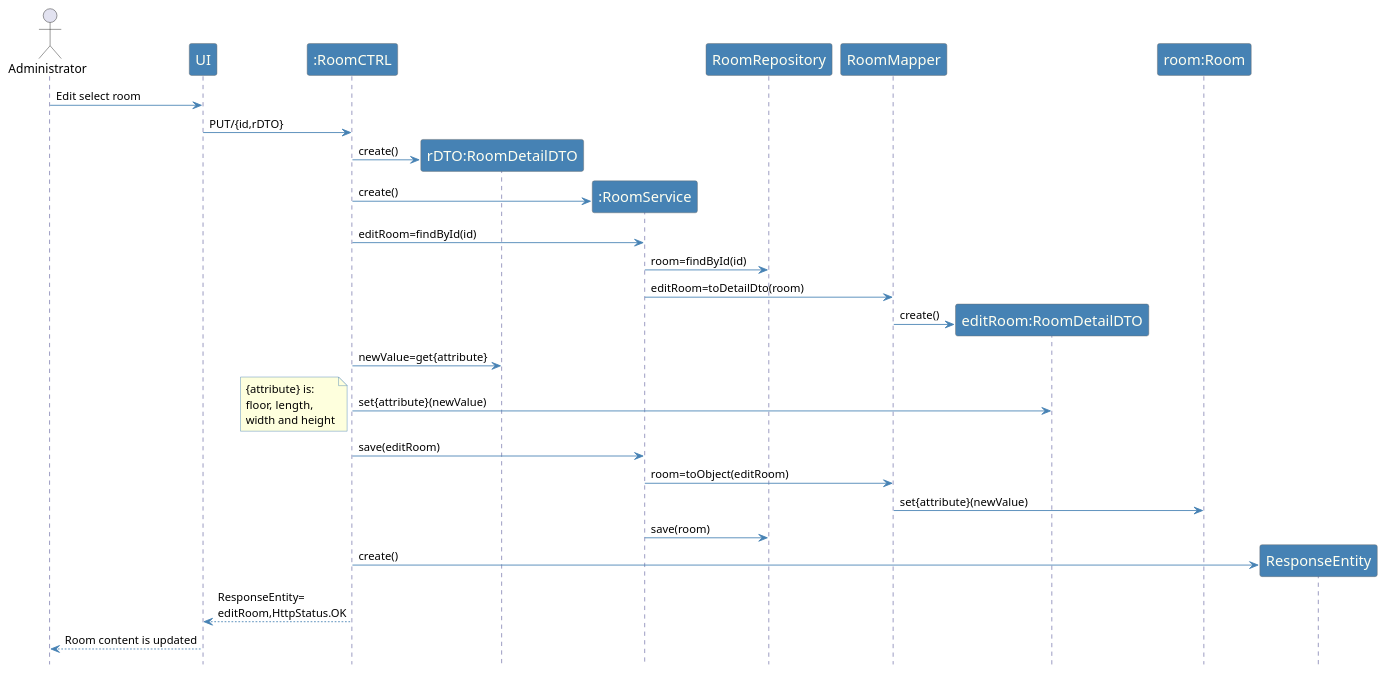
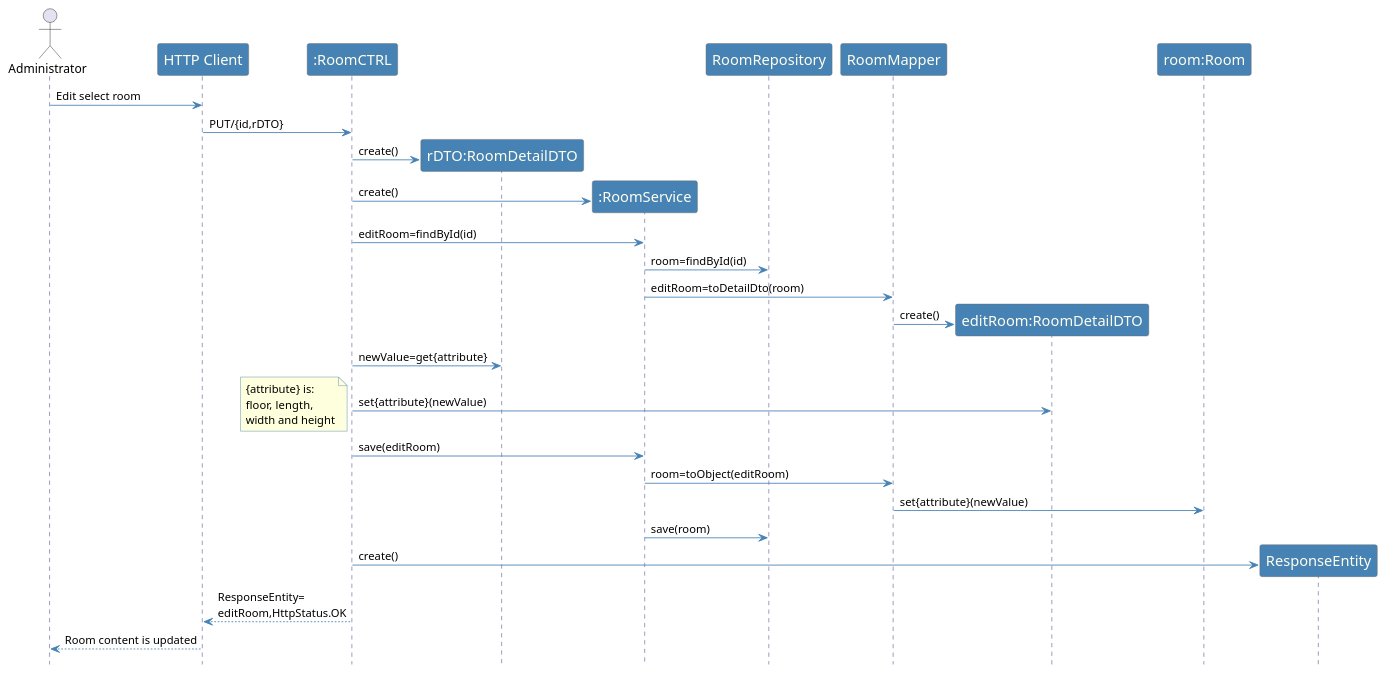
One commit to emanuel-pereira/hou changed the diagram in src/main/java/smarthome/controller/rest/sequenceDiagrams/sd_EditRoomWithUi.puml. Above: the diagram before and after it, drawn with PlantUML.

Commit message:
Fix #252 : Corrected sequence diagram for US109

```diff
--- a/src/main/java/smarthome/controller/rest/sequenceDiagrams/sd_EditRoomWithUi.puml
+++ b/src/main/java/smarthome/controller/rest/sequenceDiagrams/sd_EditRoomWithUi.puml
@@ -1,58 +1,58 @@
 @startuml
 hidefootbox
 
 actor Administrator
 
 skinparam sequence {
 	ArrowColor SteelBlue
 	ActorBorderColor Dimgray
 	LifeLineBorderColor MidnightBlue
 	LifeLineBackgroundColor #A9DCDF
 
 	ParticipantBorderColor Dimgray
 	ParticipantBackgroundColor SteelBlue
 	ParticipantFontName Calibri Bold
 	ParticipantFontSize 17
 	ParticipantFontColor Ivory
 
 	ActorBackgroundColor SteelBlue
 	ActorFontColor MidnightBlue
 	ActorFontSize 17
 	ActorFontName Aapex
 }
 
 skinparam note {
 BorderColor SteelBlue
 }
 
-Administrator -> UI: Edit select room
-UI -> ":RoomCTRL":  PUT/{id,rDTO}
+Administrator -> "HTTP Client": Edit select room
+"HTTP Client" -> ":RoomCTRL":  PUT/{id,rDTO}
 create "rDTO:RoomDetailDTO"
 ":RoomCTRL" -> "rDTO:RoomDetailDTO": create()
 create ":RoomService"
 ":RoomCTRL" -> ":RoomService": create()
 ":RoomCTRL" -> ":RoomService": editRoom=findById(id)
 ":RoomService" -> RoomRepository: room=findById(id)
 ":RoomService" -> RoomMapper: editRoom=toDetailDto(room)
 create "editRoom:RoomDetailDTO"
 RoomMapper -> "editRoom:RoomDetailDTO": create()
 ":RoomCTRL" -> "rDTO:RoomDetailDTO": newValue=get{attribute}
 ":RoomCTRL"  -> "editRoom:RoomDetailDTO": set{attribute}(newValue)
 
 note left
 {attribute} is:
 floor, length,
 width and height
     end note
 ":RoomCTRL" -> ":RoomService": save(editRoom)
 ":RoomService" -> RoomMapper: room=toObject(editRoom)
 RoomMapper -> "room:Room": set{attribute}(newValue)
 
 ":RoomService" -> RoomRepository: save(room)
 create ResponseEntity
 ":RoomCTRL" -> ResponseEntity: create()
 
-UI <-- ":RoomCTRL": ResponseEntity=\neditRoom,HttpStatus.OK
-Administrator <-- UI: Room content is updated
+"HTTP Client" <-- ":RoomCTRL": ResponseEntity=\neditRoom,HttpStatus.OK
+Administrator <-- "HTTP Client": Room content is updated
 
 @enduml
```
